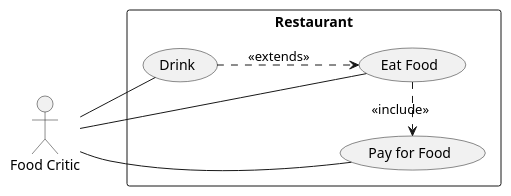
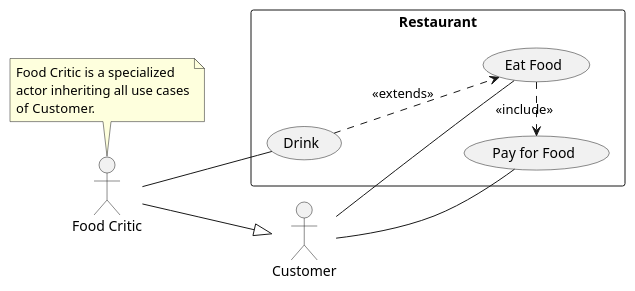
The diagram in docs/requirements/elicitation.md (mrzzy/ntu-sc2006-notes), drawn with PlantUML before and after one commit.

Commit message:
feat: extend use case example to include generalization of actors

````diff
--- a/docs/requirements/elicitation.md
+++ b/docs/requirements/elicitation.md
@@ -115,16 +115,29 @@
 ```plantuml
 @startuml
 left to right direction
+
+' Generalized actor relationship
+actor "Customer" as customer
 actor "Food Critic" as fc
+fc -|> customer
+note top of fc : Food Critic is a specialized\nactor inheriting all use cases\nof Customer.
+
 rectangle Restaurant {
   usecase "Eat Food" as UC1
+  usecase "Pay for Food" as UC2
+  usecase "Drink" as UC3
+
+  ' Relationships between use cases
   (UC1) .> (UC2): <<include>>
   (UC3) ..> (UC1): <<extends>>
-  usecase "Pay for Food" as UC2
-  usecase "Drink" as UC3
 }
-fc -- UC1
-fc -- UC2
+
+' Customer relationships
+customer -- UC1
+customer -- UC2
+
+' Food Critic inherits and can perform additional interactions
 fc -- UC3
+
 @enduml
 ```
````
